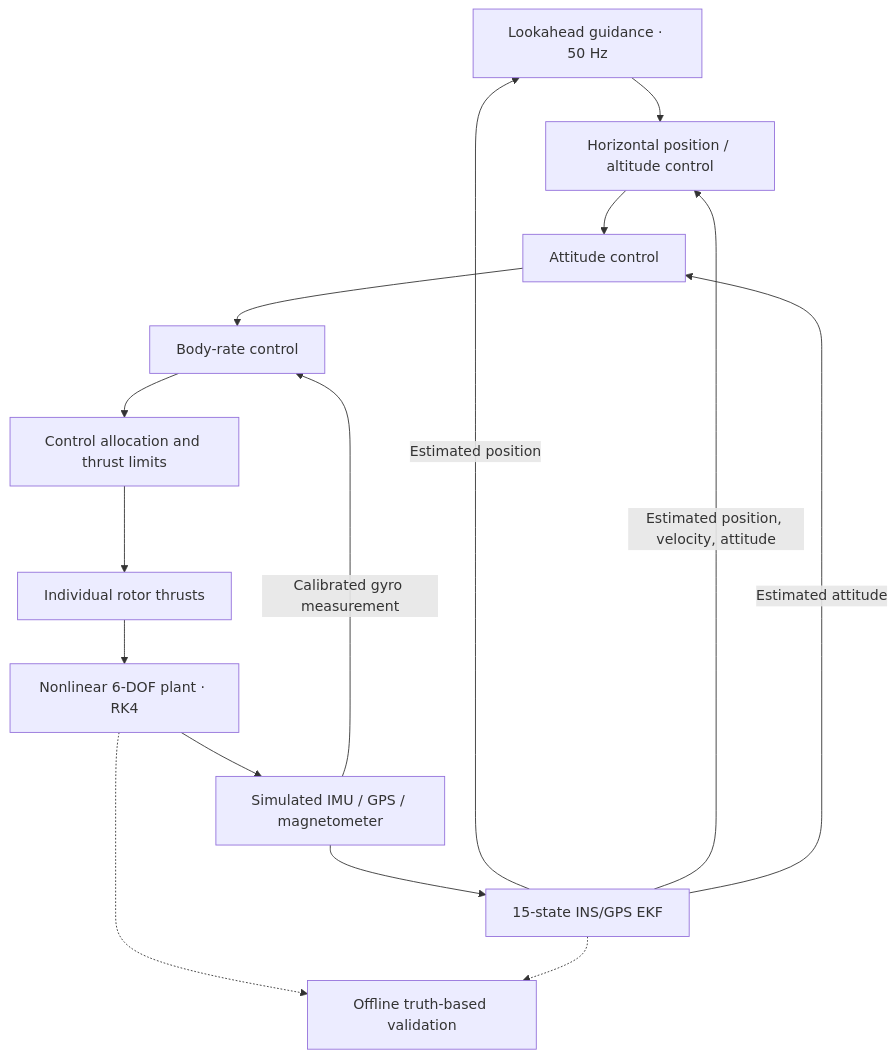
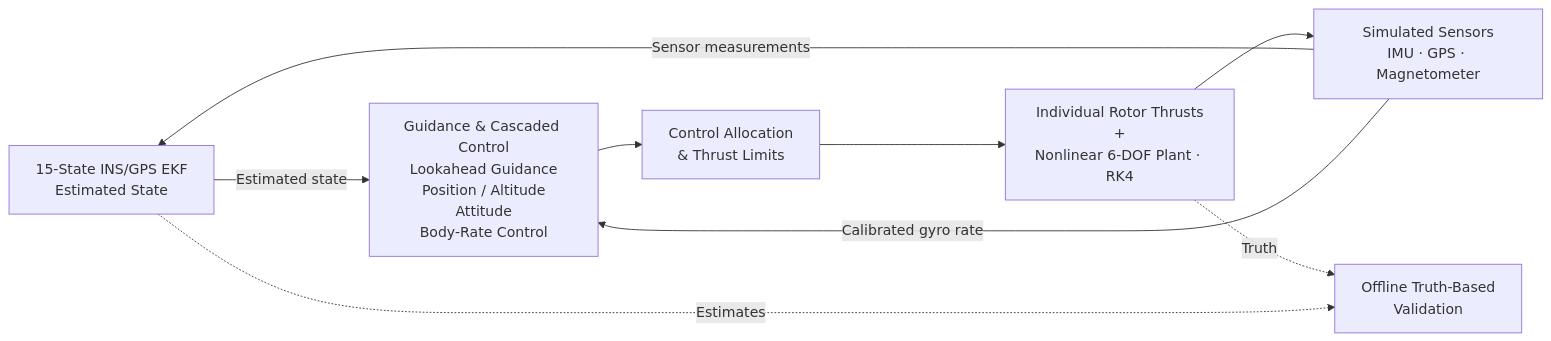
One commit to azhaeturay/quadrotor-GNC-simulation changed the diagram in README.md. Above: the diagram before and after it, drawn with Mermaid.

Commit message:
Simplify architecture diagram layout in README

````diff
--- a/README.md
+++ b/README.md
@@ -59,17 +59,20 @@
 ```mermaid
-flowchart TD
-    G[Lookahead guidance · 50 Hz] --> P[Horizontal position / altitude control]
-    P --> A[Attitude control]
-    A --> R[Body-rate control]
-    R --> C[Control allocation and thrust limits]
-    C --> T[Individual rotor thrusts]
-    T --> D[Nonlinear 6-DOF plant · RK4]
-    D --> S[Simulated IMU / GPS / magnetometer]
-    S --> E[15-state INS/GPS EKF]
-    E -->|Estimated position| G
-    E -->|Estimated position, velocity, attitude| P
-    E -->|Estimated attitude| A
-    S -->|Calibrated gyro measurement| R
-    D -.-> V[Offline truth-based validation]
-    E -.-> V
+flowchart LR
+    E["15-State INS/GPS EKF<br/>Estimated State"]
+    G["Guidance & Cascaded Control<br/>Lookahead Guidance<br/>Position / Altitude<br/>Attitude<br/>Body-Rate Control"]
+    C["Control Allocation<br/>& Thrust Limits"]
+    D["Individual Rotor Thrusts<br/>+<br/>Nonlinear 6-DOF Plant · RK4"]
+    S["Simulated Sensors<br/>IMU · GPS · Magnetometer"]
+    V["Offline Truth-Based<br/>Validation"]
+
+    E -->|Estimated state| G
+    G --> C
+    C --> D
+    D --> S
+    S -->|Sensor measurements| E
+
+    S -->|Calibrated gyro rate| G
+
+    D -.->|Truth| V
+    E -.->|Estimates| V
 ```
````
